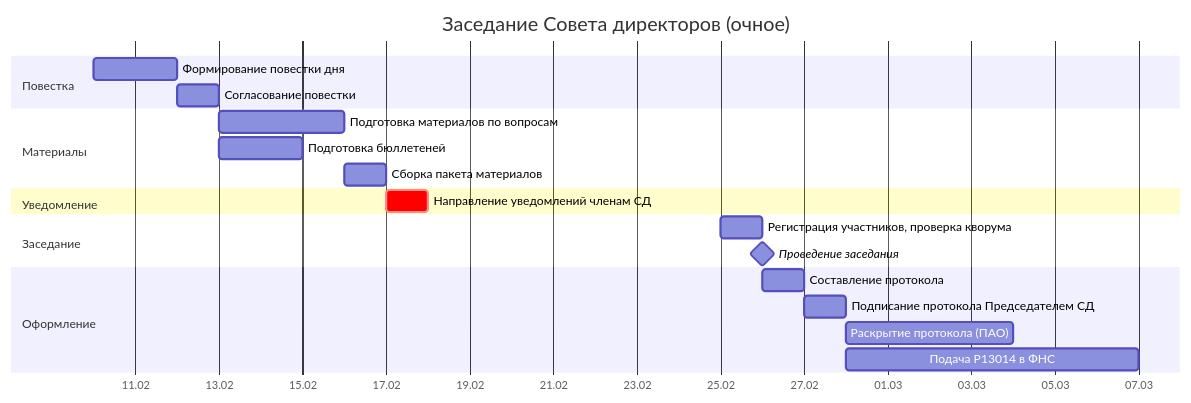
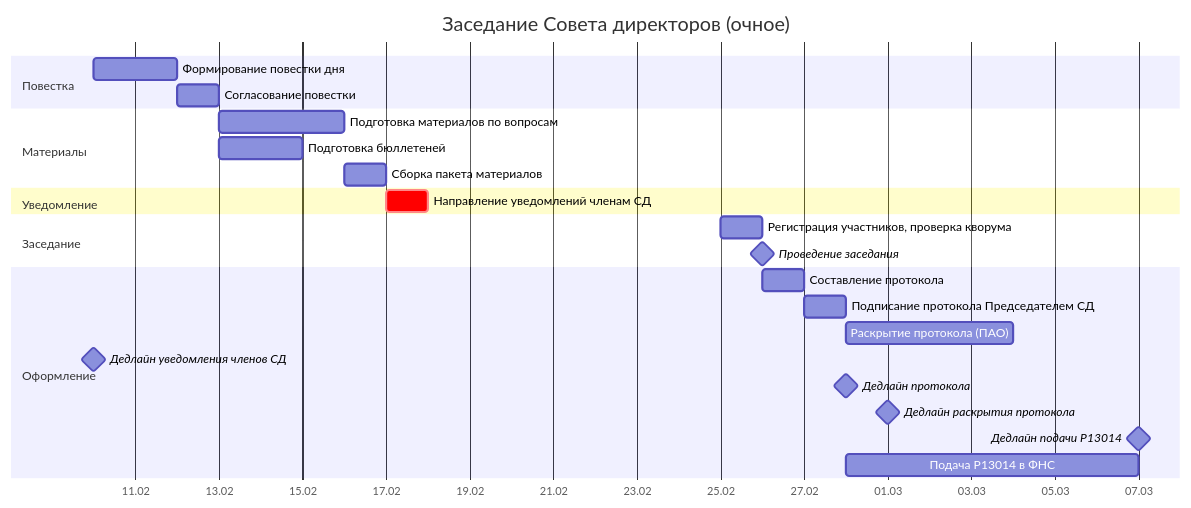
The first of 2 diagrams in docs/domain/bod-gantt.md (arsenyuk/SamorodinkaTech.Fiducia), drawn with Mermaid before and after one commit. The commit also changed other lines of this file and 12 other files, not shown here.

First line of the commit message:
feat(gantt): add SS/FS/phase gates/integration milestones conventions

````diff
--- a/docs/domain/bod-gantt.md
+++ b/docs/domain/bod-gantt.md
@@ -94,28 +107,32 @@
 ```mermaid
 gantt
     title Заседание Совета директоров (очное)
     dateFormat  YYYY-MM-DD
     axisFormat  %d.%m
 
     section Повестка
     Формирование повестки дня               :p1, 2026-02-10, 2d
     Согласование повестки                   :p2, after p1, 1d
 
     section Материалы
     Подготовка материалов по вопросам        :p3, after p2, 3d
     Подготовка бюллетеней                    :b1, after p2, 2d
     Сборка пакета материалов                 :p4, after p3 b1, 1d
 
     section Уведомление
     Направление уведомлений членам СД        :crit, u1, after p4, 1d
 
     section Заседание
     Регистрация участников, проверка кворума :zs1, 2026-02-25, 1d
     Проведение заседания                     :milestone, zs2, after zs1, 0d
 
     section Оформление
     Составление протокола                    :pr1, after zs2, 1d
     Подписание протокола Председателем СД    :pr2, after pr1, 1d
     Раскрытие протокола (ПАО)               :pr3, after pr2, 4d
+    Дедлайн уведомления членов СД            :milestone, kv1, 2026-02-10, 0d
+    Дедлайн протокола                        :milestone, kv2, 2026-02-28, 0d
+    Дедлайн раскрытия протокола              :milestone, kv3, 2026-03-01, 0d
+    Дедлайн подачи Р13014                    :milestone, kv4, 2026-03-07, 0d
     Подача Р13014 в ФНС                     :os6, after pr2, 7d
 ```
````
